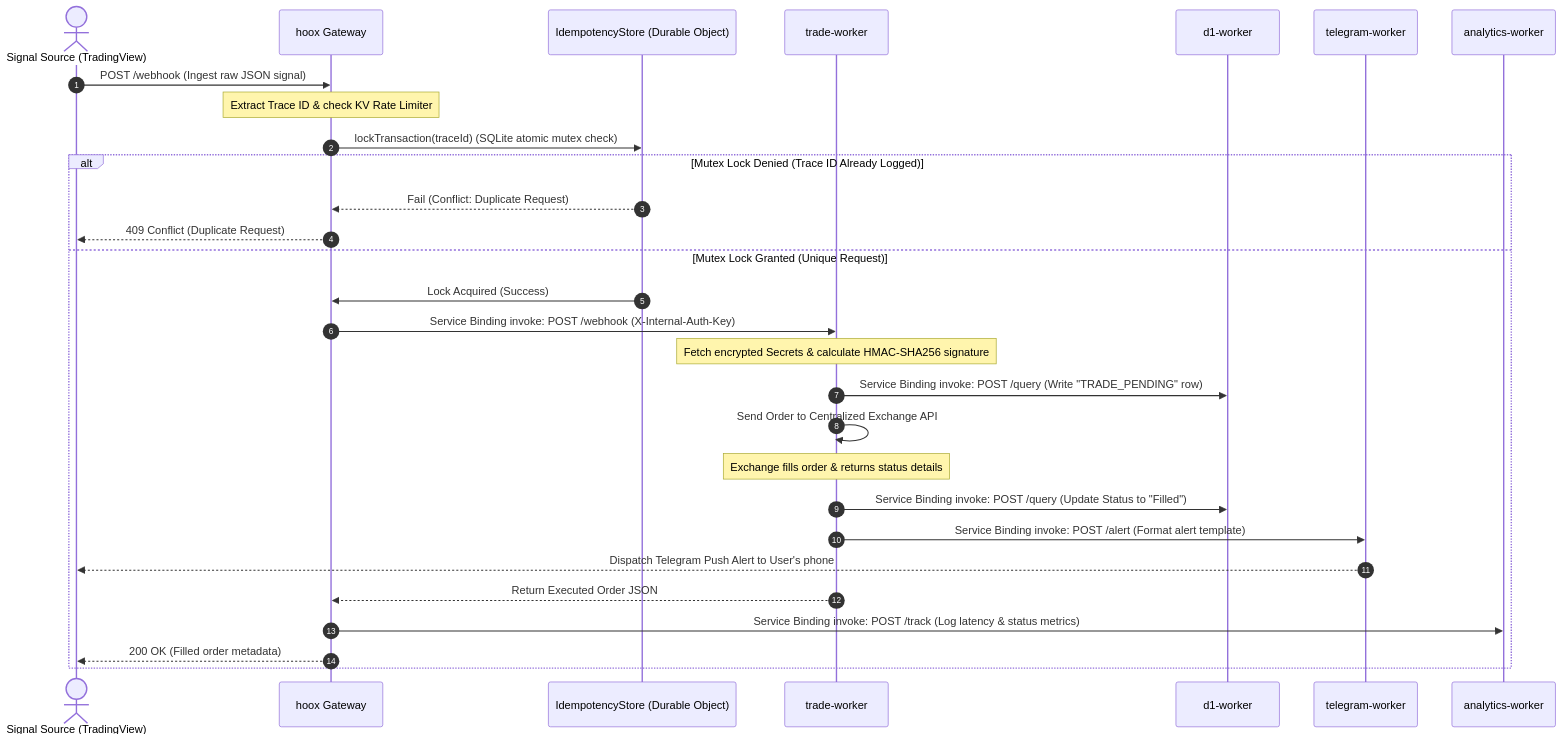
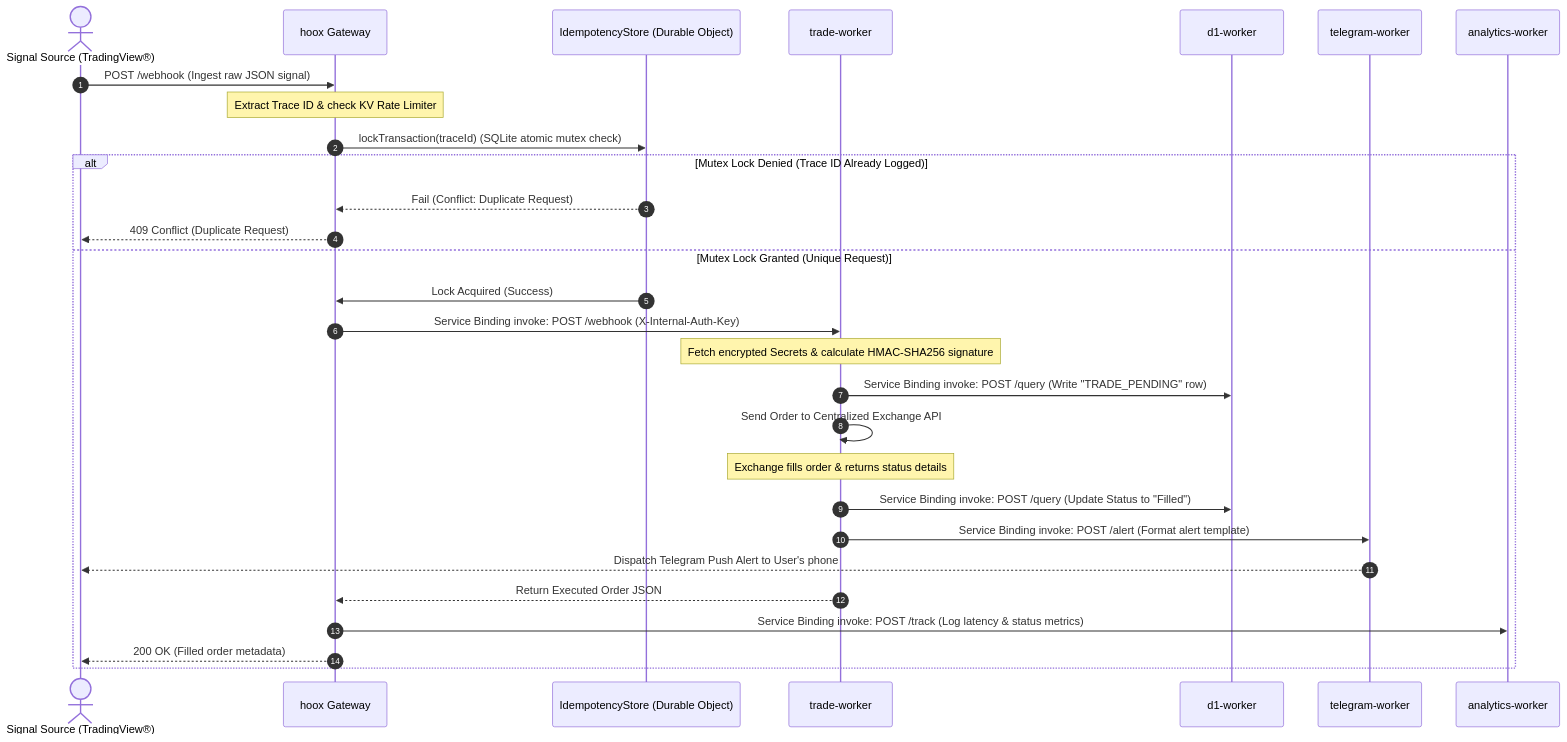
Before and after one commit to gitlqhlin/hoox: the first of 6 diagrams in docs/devops/architecture/data-flow.mdx, drawn with Mermaid. The commit also changed other lines of this file and 44 other files, not shown here.

````diff
--- a/docs/devops/architecture/data-flow.mdx
+++ b/docs/devops/architecture/data-flow.mdx
@@ -21,32 +21,32 @@
 ```mermaid
 sequenceDiagram
     autonumber
-    actor TV as Signal Source (TradingView)
+    actor TV as Signal Source (TradingView®)
     participant GW as hoox Gateway
     participant DO as IdempotencyStore (Durable Object)
     participant TW as trade-worker
     participant D1 as d1-worker
     participant TG as telegram-worker
     participant AE as analytics-worker
 
     TV->>GW: POST /webhook (Ingest raw JSON signal)
     Note over GW: Extract Trace ID & check KV Rate Limiter
     GW->>DO: lockTransaction(traceId) (SQLite atomic mutex check)
     alt Mutex Lock Denied (Trace ID Already Logged)
         DO-->>GW: Fail (Conflict: Duplicate Request)
         GW-->>TV: 409 Conflict (Duplicate Request)
     else Mutex Lock Granted (Unique Request)
         DO->>GW: Lock Acquired (Success)
         GW->>TW: Service Binding invoke: POST /webhook (X-Internal-Auth-Key)
         Note over TW: Fetch encrypted Secrets & calculate HMAC-SHA256 signature
         TW->>D1: Service Binding invoke: POST /query (Write "TRADE_PENDING" row)
         TW->>TW: Send Order to Centralized Exchange API
         Note over TW: Exchange fills order & returns status details
         TW->>D1: Service Binding invoke: POST /query (Update Status to "Filled")
         TW->>TG: Service Binding invoke: POST /alert (Format alert template)
         TG-->>TV: Dispatch Telegram Push Alert to User's phone
         TW-->>GW: Return Executed Order JSON
         GW->>AE: Service Binding invoke: POST /track (Log latency & status metrics)
         GW-->>TV: 200 OK (Filled order metadata)
     end
 ```
````
